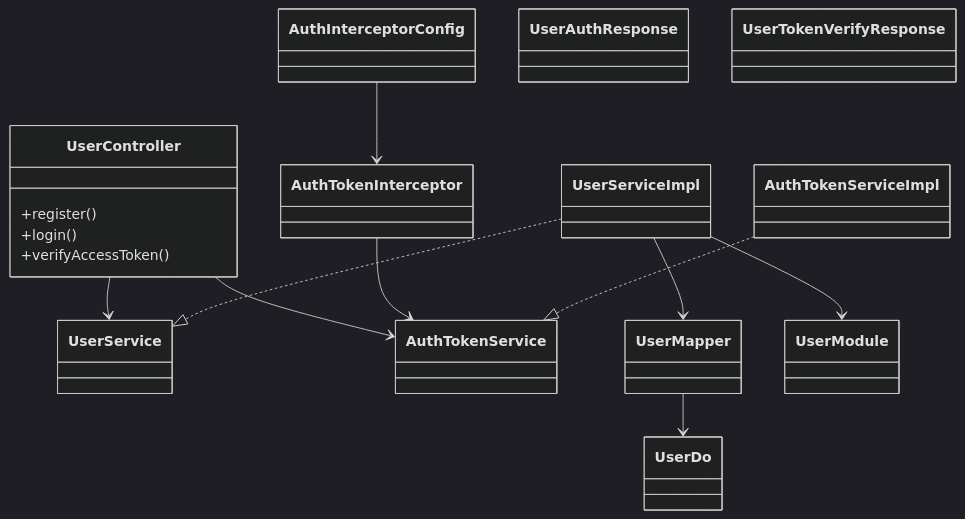
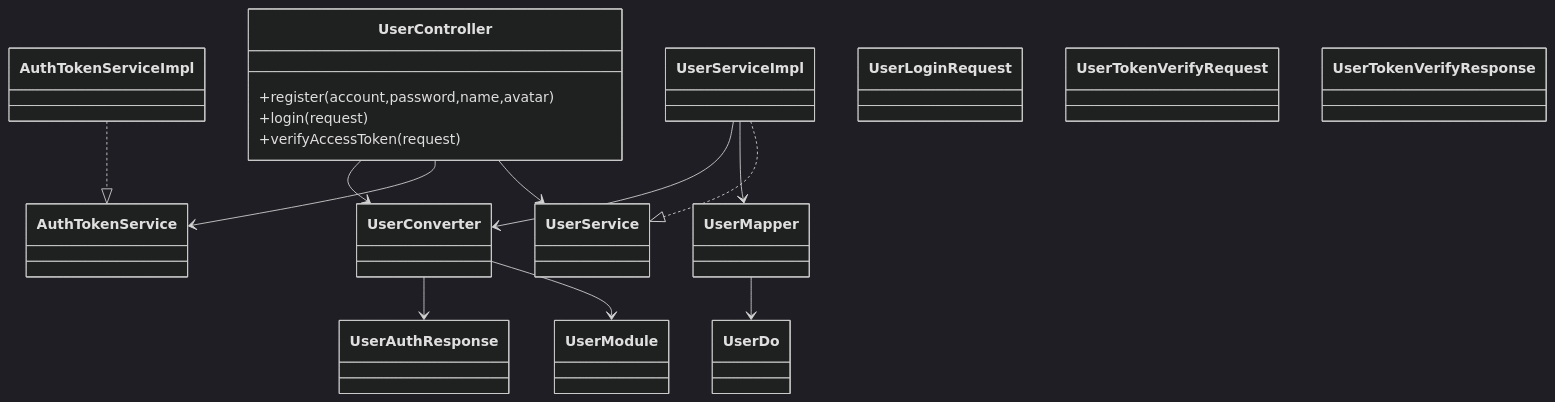
The first of 12 diagrams in springboot/docs/SpringBootDesignDocument.md (nangong918/magic-vector), drawn with Mermaid (dark theme) before and after one commit. The commit also changed other lines of this file and 1 other file, not shown here.

````diff
--- a/springboot/docs/SpringBootDesignDocument.md
+++ b/springboot/docs/SpringBootDesignDocument.md
@@ -18,29 +26,31 @@
 ```mermaid
 classDiagram
     class UserController {
-        +register()
-        +login()
-        +verifyAccessToken()
+        +register(account,password,name,avatar)
+        +login(request)
+        +verifyAccessToken(request)
     }
     class UserService
     class UserServiceImpl
-    class AuthTokenInterceptor
-    class AuthInterceptorConfig
     class AuthTokenService
     class AuthTokenServiceImpl
     class UserMapper
+    class UserConverter
     class UserDo
     class UserModule
     class UserAuthResponse
+    class UserLoginRequest
+    class UserTokenVerifyRequest
     class UserTokenVerifyResponse
 
     UserController --> UserService
     UserController --> AuthTokenService
-    AuthInterceptorConfig --> AuthTokenInterceptor
-    AuthTokenInterceptor --> AuthTokenService
+    UserController --> UserConverter
     UserServiceImpl ..|> UserService
     AuthTokenServiceImpl ..|> AuthTokenService
     UserServiceImpl --> UserMapper
-    UserServiceImpl --> UserModule
+    UserServiceImpl --> UserConverter
     UserMapper --> UserDo
+    UserConverter --> UserModule
+    UserConverter --> UserAuthResponse
 ```
````
